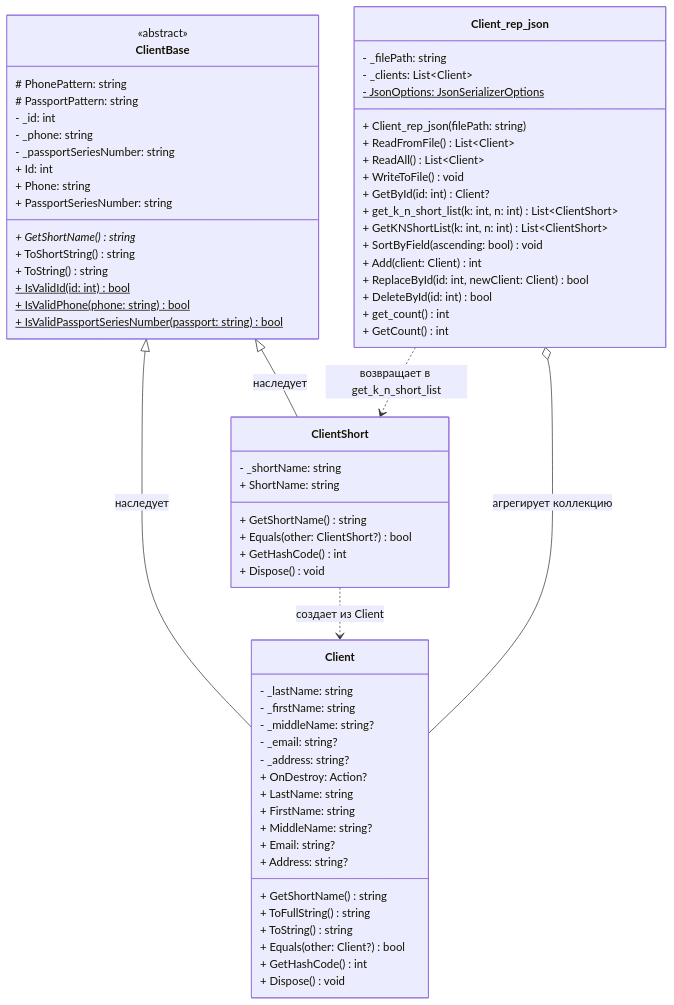
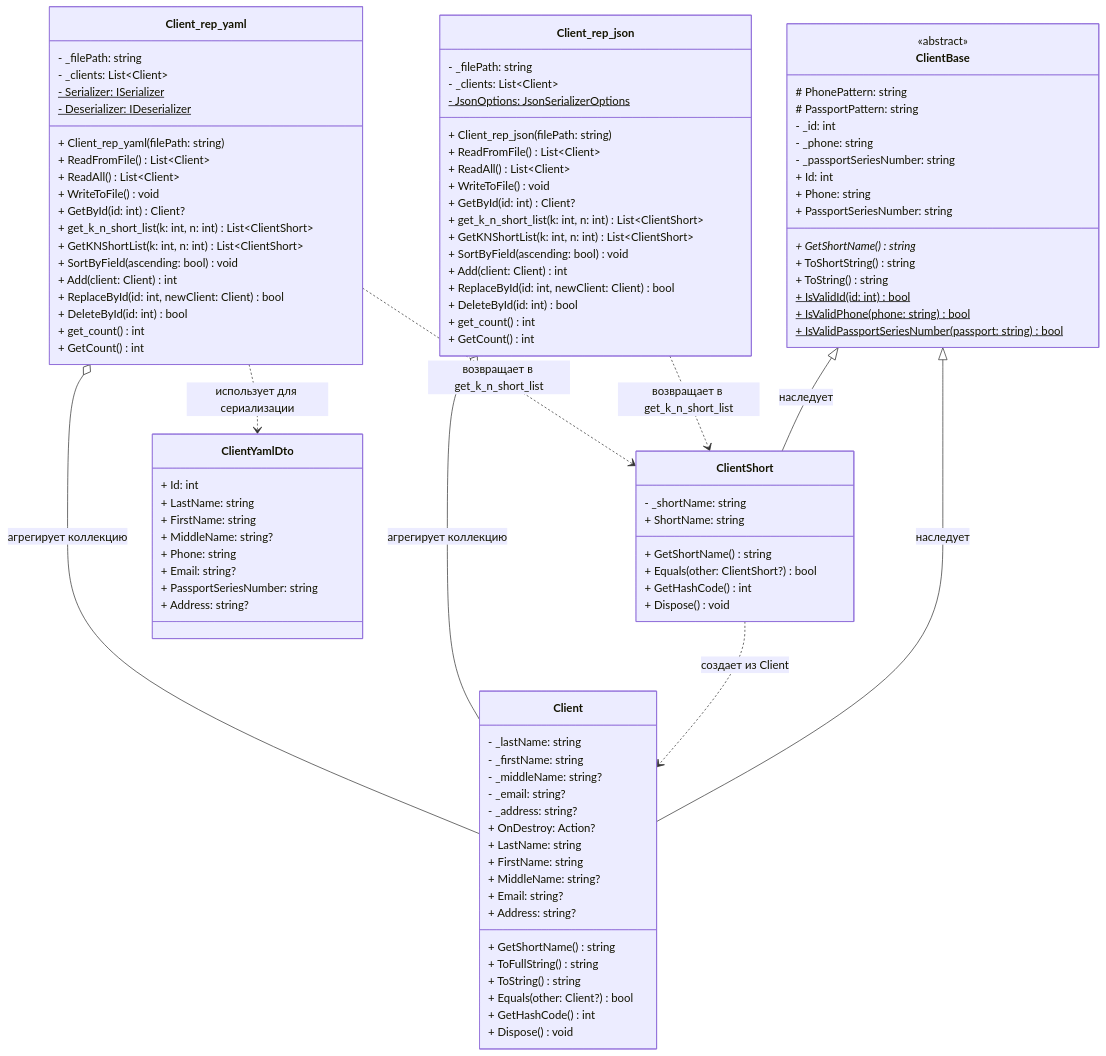
The diagram in Diagrams/Lab2_ClassDiagram.md (Ciretrus/panesh-lab1), drawn with Mermaid before and after one commit. The commit also changed other lines of this file and 3 other files, not shown here.

Commit message:
add client_rep_yaml

````diff
--- a/Diagrams/Lab2_ClassDiagram.md
+++ b/Diagrams/Lab2_ClassDiagram.md
@@ -72,9 +72,43 @@
         + GetCount() int
     }
 
+    class ClientYamlDto {
+        + Id: int
+        + LastName: string
+        + FirstName: string
+        + MiddleName: string?
+        + Phone: string
+        + Email: string?
+        + PassportSeriesNumber: string
+        + Address: string?
+    }
+
+    class Client_rep_yaml {
+        - _filePath: string
+        - _clients: List~Client~
+        - Serializer: ISerializer$
+        - Deserializer: IDeserializer$
+        + Client_rep_yaml(filePath: string)
+        + ReadFromFile() List~Client~
+        + ReadAll() List~Client~
+        + WriteToFile() void
+        + GetById(id: int) Client?
+        + get_k_n_short_list(k: int, n: int) List~ClientShort~
+        + GetKNShortList(k: int, n: int) List~ClientShort~
+        + SortByField(ascending: bool) void
+        + Add(client: Client) int
+        + ReplaceById(id: int, newClient: Client) bool
+        + DeleteById(id: int) bool
+        + get_count() int
+        + GetCount() int
+    }
+
     ClientBase <|-- Client : наследует
     ClientBase <|-- ClientShort : наследует
     ClientShort ..> Client : создает из Client
     Client_rep_json o-- Client : агрегирует коллекцию
     Client_rep_json ..> ClientShort : возвращает в get_k_n_short_list
+    Client_rep_yaml o-- Client : агрегирует коллекцию
+    Client_rep_yaml ..> ClientShort : возвращает в get_k_n_short_list
+    Client_rep_yaml ..> ClientYamlDto : использует для сериализации
 ```
````
